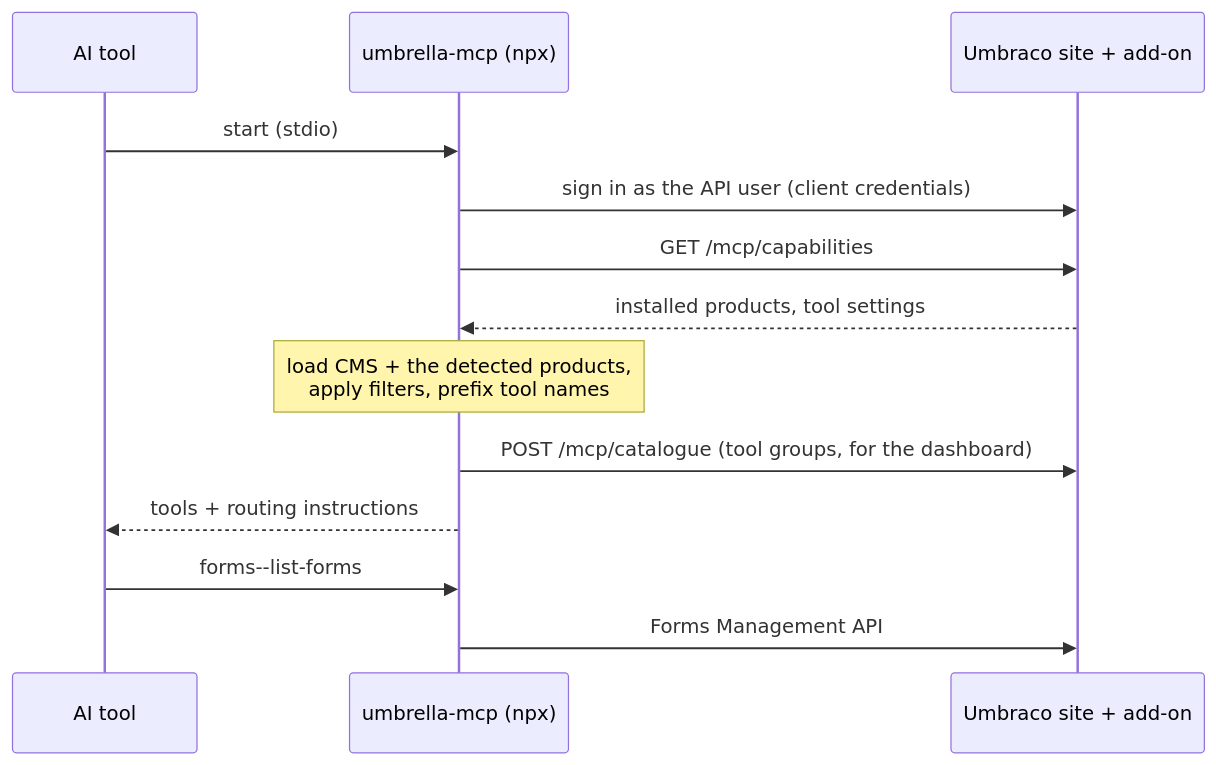
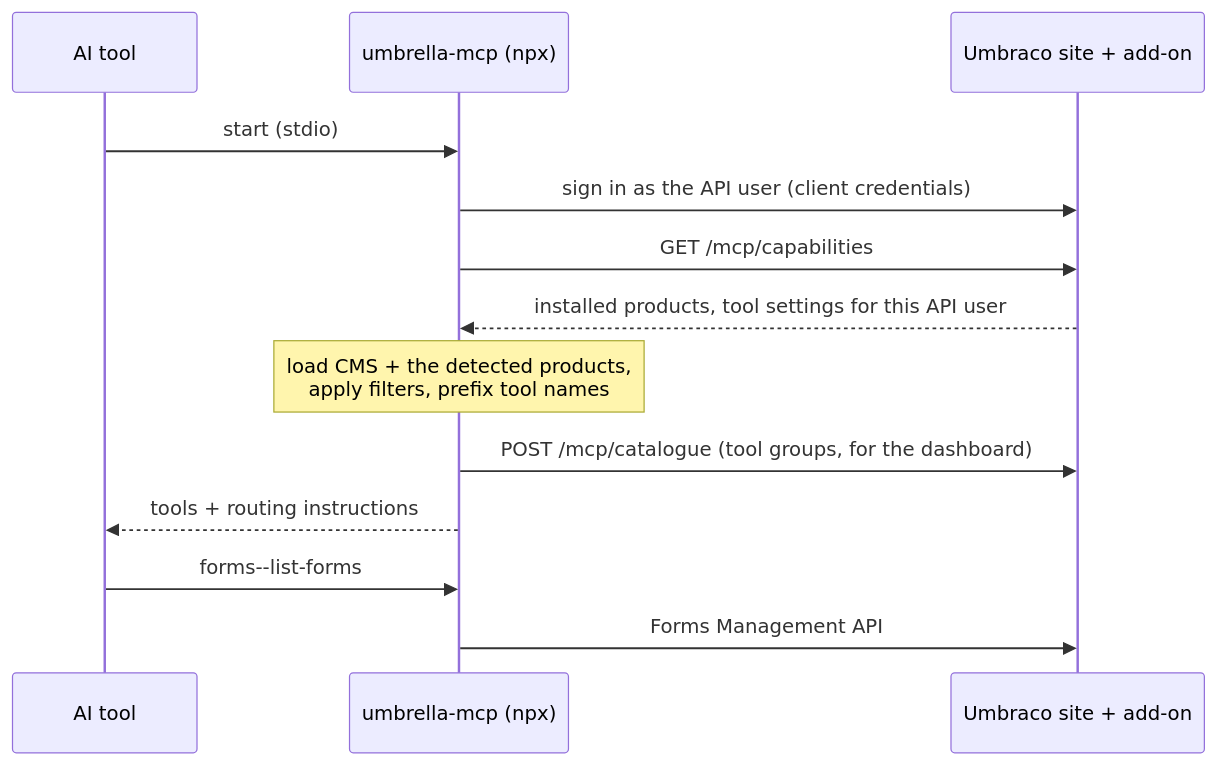
The diagram in README.md (MarcusK00/Umbrella), drawn with Mermaid before and after one commit. The commit also changed other lines of this file and 3 other files, not shown here.

Commit message:
docs: per-API-user tool settings

````diff
--- a/README.md
+++ b/README.md
@@ -28,15 +28,15 @@
 ```mermaid
 sequenceDiagram
     participant AI as AI tool
     participant MCP as umbrella-mcp (npx)
     participant Site as Umbraco site + add-on
     AI->>MCP: start (stdio)
     MCP->>Site: sign in as the API user (client credentials)
     MCP->>Site: GET /mcp/capabilities
-    Site-->>MCP: installed products, tool settings
+    Site-->>MCP: installed products, tool settings for this API user
     Note over MCP: load CMS + the detected products,<br/>apply filters, prefix tool names
     MCP->>Site: POST /mcp/catalogue (tool groups, for the dashboard)
     MCP-->>AI: tools + routing instructions
     AI->>MCP: forms--list-forms
     MCP->>Site: Forms Management API
 ```
````
